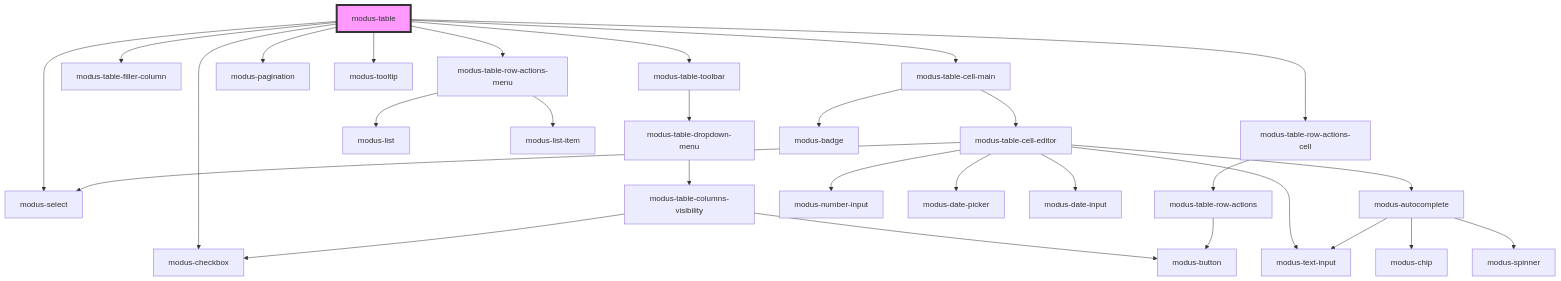
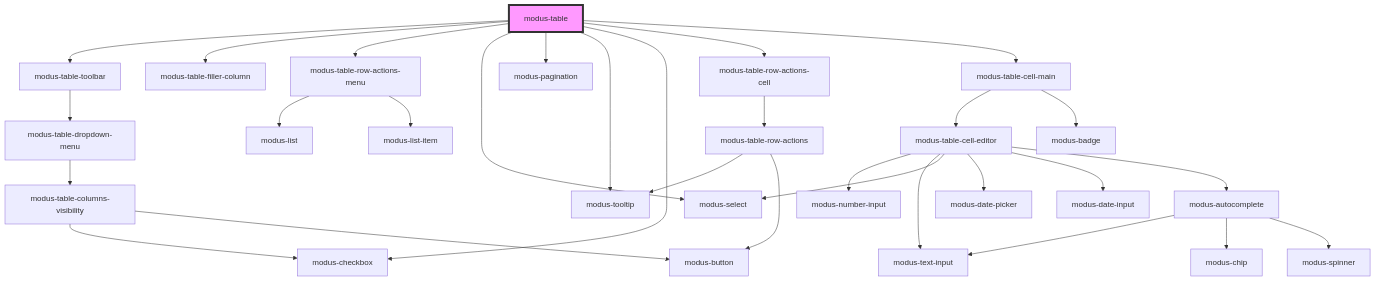
The diagram in stencil-workspace/src/components/modus-table/readme.md (trimble-oss/modus-web-components), drawn with Mermaid before and after one commit. The commit also changed 8 other files, not shown here.

````diff
--- a/stencil-workspace/src/components/modus-table/readme.md
+++ b/stencil-workspace/src/components/modus-table/readme.md
@@ -135,32 +135,33 @@
 ```mermaid
 graph TD;
   modus-table --> modus-table-toolbar
   modus-table --> modus-table-filler-column
   modus-table --> modus-table-row-actions-menu
   modus-table --> modus-select
   modus-table --> modus-pagination
   modus-table --> modus-tooltip
   modus-table --> modus-checkbox
   modus-table --> modus-table-row-actions-cell
   modus-table --> modus-table-cell-main
   modus-table-toolbar --> modus-table-dropdown-menu
   modus-table-dropdown-menu --> modus-table-columns-visibility
   modus-table-columns-visibility --> modus-checkbox
   modus-table-columns-visibility --> modus-button
   modus-table-row-actions-menu --> modus-list
   modus-table-row-actions-menu --> modus-list-item
   modus-table-row-actions-cell --> modus-table-row-actions
+  modus-table-row-actions --> modus-tooltip
   modus-table-row-actions --> modus-button
   modus-table-cell-main --> modus-table-cell-editor
   modus-table-cell-main --> modus-badge
   modus-table-cell-editor --> modus-number-input
   modus-table-cell-editor --> modus-text-input
   modus-table-cell-editor --> modus-select
   modus-table-cell-editor --> modus-date-picker
   modus-table-cell-editor --> modus-date-input
   modus-table-cell-editor --> modus-autocomplete
   modus-autocomplete --> modus-text-input
   modus-autocomplete --> modus-chip
   modus-autocomplete --> modus-spinner
   style modus-table fill:#f9f,stroke:#333,stroke-width:4px
 ```
````
